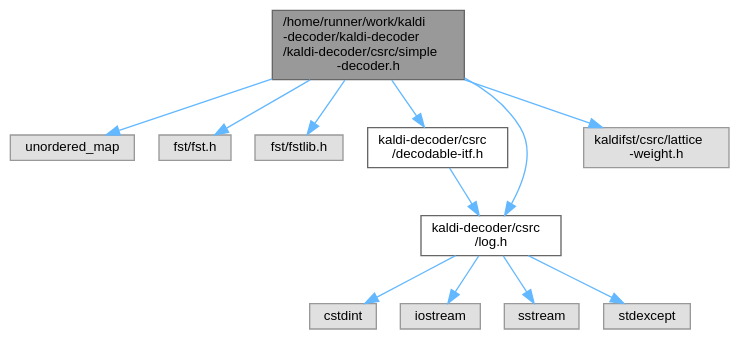
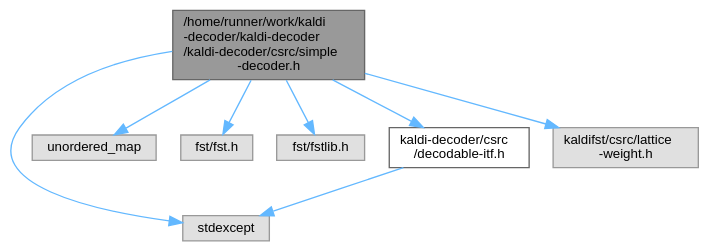
Before and after one commit to csukuangfj/kaldi-decoder: the diagram in cpp-api-doxygen/simple-decoder_8h__incl.dot, drawn with Graphviz. The commit also changed 112 other files, not shown here.

```diff
--- a/cpp-api-doxygen/simple-decoder_8h__incl.dot
+++ b/cpp-api-doxygen/simple-decoder_8h__incl.dot
@@ -1,29 +1,21 @@
 digraph "/home/runner/work/kaldi-decoder/kaldi-decoder/kaldi-decoder/csrc/simple-decoder.h"
 {
  // LATEX_PDF_SIZE
   bgcolor="transparent";
   edge [fontname=Helvetica,fontsize=10,labelfontname=Helvetica,labelfontsize=10];
   node [fontname=Helvetica,fontsize=10,shape=box,height=0.2,width=0.4];
   Node1 [id="Node000001",label="/home/runner/work/kaldi\l-decoder/kaldi-decoder\l/kaldi-decoder/csrc/simple\l-decoder.h",height=0.2,width=0.4,color="gray40", fillcolor="grey60", style="filled", fontcolor="black",tooltip="Simple Viterbi decoder (kaldi's SimpleDecoder)."];
   Node1 -> Node2 [id="edge1_Node000001_Node000002",color="steelblue1",style="solid",tooltip=" "];
-  Node2 [id="Node000002",label="unordered_map",height=0.2,width=0.4,color="grey60", fillcolor="#E0E0E0", style="filled",tooltip=" "];
+  Node2 [id="Node000002",label="stdexcept",height=0.2,width=0.4,color="grey60", fillcolor="#E0E0E0", style="filled",tooltip=" "];
   Node1 -> Node3 [id="edge2_Node000001_Node000003",color="steelblue1",style="solid",tooltip=" "];
-  Node3 [id="Node000003",label="fst/fst.h",height=0.2,width=0.4,color="grey60", fillcolor="#E0E0E0", style="filled",tooltip=" "];
+  Node3 [id="Node000003",label="unordered_map",height=0.2,width=0.4,color="grey60", fillcolor="#E0E0E0", style="filled",tooltip=" "];
   Node1 -> Node4 [id="edge3_Node000001_Node000004",color="steelblue1",style="solid",tooltip=" "];
-  Node4 [id="Node000004",label="fst/fstlib.h",height=0.2,width=0.4,color="grey60", fillcolor="#E0E0E0", style="filled",tooltip=" "];
+  Node4 [id="Node000004",label="fst/fst.h",height=0.2,width=0.4,color="grey60", fillcolor="#E0E0E0", style="filled",tooltip=" "];
   Node1 -> Node5 [id="edge4_Node000001_Node000005",color="steelblue1",style="solid",tooltip=" "];
-  Node5 [id="Node000005",label="kaldi-decoder/csrc\l/decodable-itf.h",height=0.2,width=0.4,color="grey40", fillcolor="white", style="filled",URL="$decodable-itf_8h.html",tooltip="The scoring interface between acoustic models and the decoders."];
-  Node5 -> Node6 [id="edge5_Node000005_Node000006",color="steelblue1",style="solid",tooltip=" "];
-  Node6 [id="Node000006",label="kaldi-decoder/csrc\l/log.h",height=0.2,width=0.4,color="grey40", fillcolor="white", style="filled",URL="$log_8h.html",tooltip=" "];
-  Node6 -> Node7 [id="edge6_Node000006_Node000007",color="steelblue1",style="solid",tooltip=" "];
-  Node7 [id="Node000007",label="cstdint",height=0.2,width=0.4,color="grey60", fillcolor="#E0E0E0", style="filled",tooltip=" "];
-  Node6 -> Node8 [id="edge7_Node000006_Node000008",color="steelblue1",style="solid",tooltip=" "];
-  Node8 [id="Node000008",label="iostream",height=0.2,width=0.4,color="grey60", fillcolor="#E0E0E0", style="filled",tooltip=" "];
-  Node6 -> Node9 [id="edge8_Node000006_Node000009",color="steelblue1",style="solid",tooltip=" "];
-  Node9 [id="Node000009",label="sstream",height=0.2,width=0.4,color="grey60", fillcolor="#E0E0E0", style="filled",tooltip=" "];
-  Node6 -> Node10 [id="edge9_Node000006_Node000010",color="steelblue1",style="solid",tooltip=" "];
-  Node10 [id="Node000010",label="stdexcept",height=0.2,width=0.4,color="grey60", fillcolor="#E0E0E0", style="filled",tooltip=" "];
-  Node1 -> Node6 [id="edge10_Node000001_Node000006",color="steelblue1",style="solid",tooltip=" "];
-  Node1 -> Node11 [id="edge11_Node000001_Node000011",color="steelblue1",style="solid",tooltip=" "];
-  Node11 [id="Node000011",label="kaldifst/csrc/lattice\l-weight.h",height=0.2,width=0.4,color="grey60", fillcolor="#E0E0E0", style="filled",tooltip=" "];
+  Node5 [id="Node000005",label="fst/fstlib.h",height=0.2,width=0.4,color="grey60", fillcolor="#E0E0E0", style="filled",tooltip=" "];
+  Node1 -> Node6 [id="edge5_Node000001_Node000006",color="steelblue1",style="solid",tooltip=" "];
+  Node6 [id="Node000006",label="kaldi-decoder/csrc\l/decodable-itf.h",height=0.2,width=0.4,color="grey40", fillcolor="white", style="filled",URL="$decodable-itf_8h.html",tooltip="The scoring interface between acoustic models and the decoders."];
+  Node6 -> Node2 [id="edge6_Node000006_Node000002",color="steelblue1",style="solid",tooltip=" "];
+  Node1 -> Node7 [id="edge7_Node000001_Node000007",color="steelblue1",style="solid",tooltip=" "];
+  Node7 [id="Node000007",label="kaldifst/csrc/lattice\l-weight.h",height=0.2,width=0.4,color="grey60", fillcolor="#E0E0E0", style="filled",tooltip=" "];
 }
```
